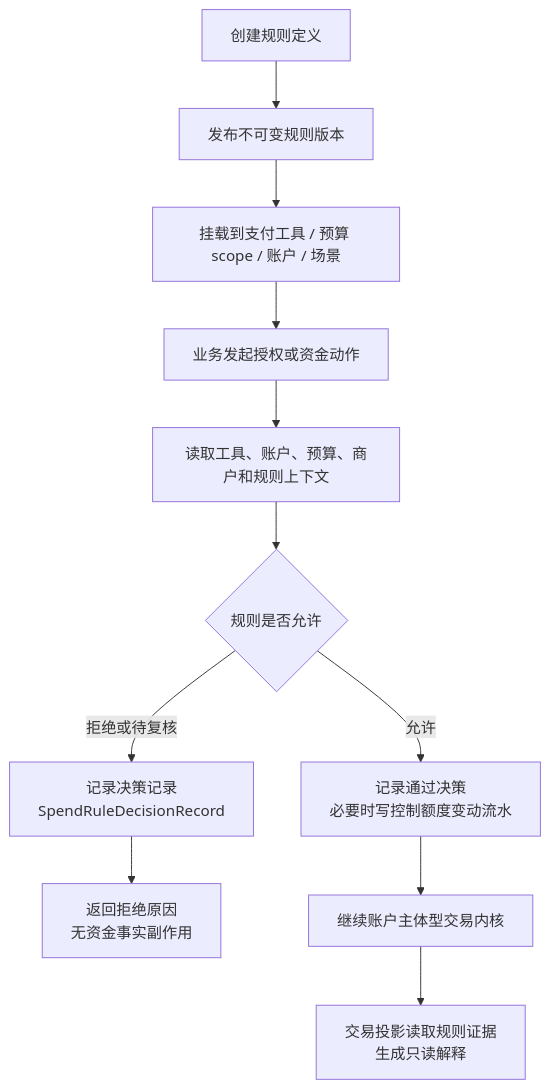
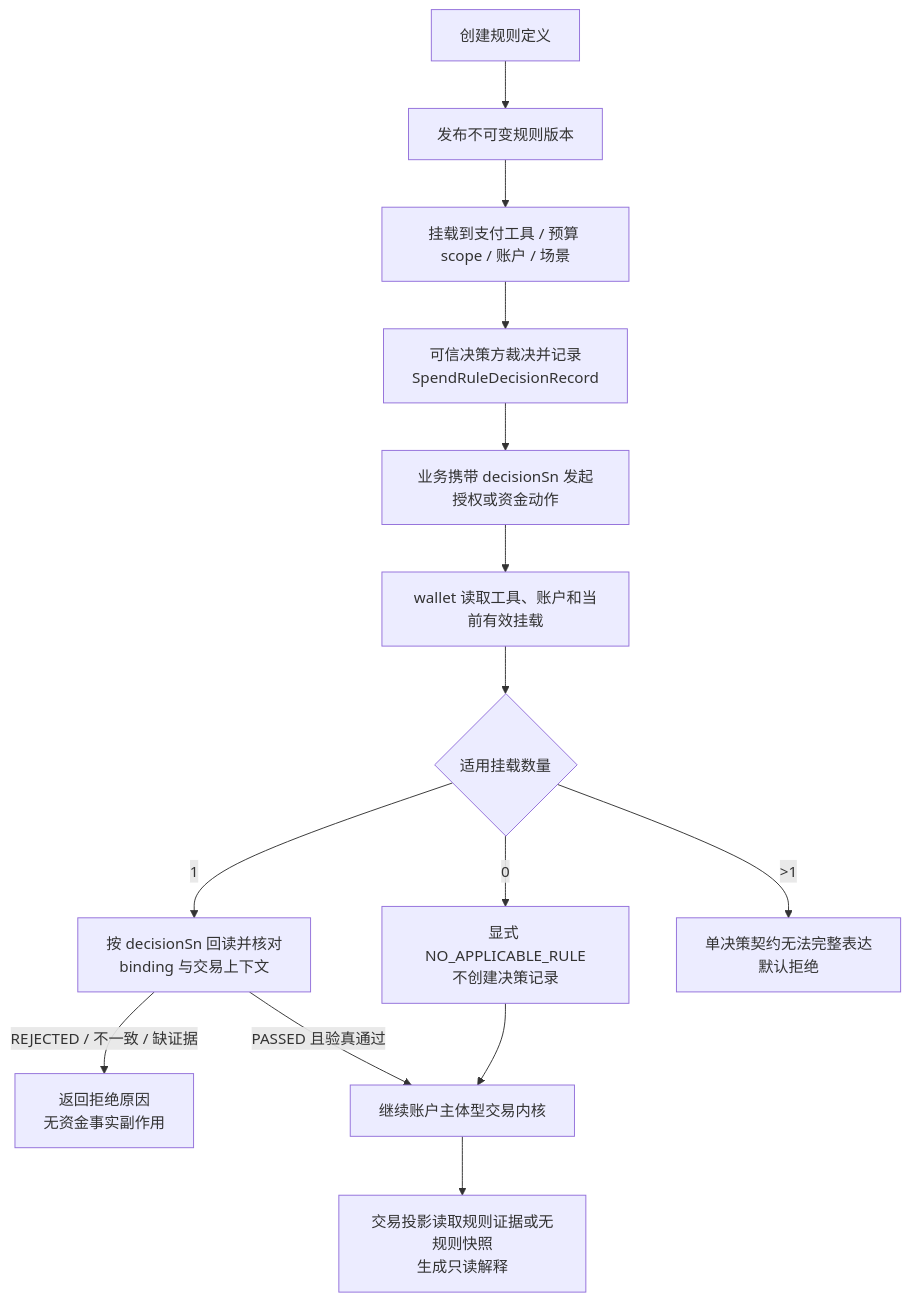
The diagram in docs/产品设计/09-SpendRule支出规则产品设计.md (fengwuxp/wind-funds), drawn with Mermaid before and after one commit. The commit also changed other lines of this file and 134 other files, not shown here.

````diff
--- a/docs/产品设计/09-SpendRule支出规则产品设计.md
+++ b/docs/产品设计/09-SpendRule支出规则产品设计.md
@@ -205,13 +206,16 @@
 ```mermaid
 flowchart TD
     A["创建规则定义"] --> B["发布不可变规则版本"]
     B --> C["挂载到支付工具 / 预算 scope / 账户 / 场景"]
-    C --> D["业务发起授权或资金动作"]
-    D --> E["读取工具、账户、预算、商户和规则上下文"]
-    E --> F{"规则是否允许"}
-    F -- "拒绝或待复核" --> G["记录决策记录\nSpendRuleDecisionRecord"]
-    G --> H["返回拒绝原因\n无资金事实副作用"]
-    F -- "允许" --> I["记录通过决策\n必要时写控制额度变动流水"]
-    I --> J["继续账户主体型交易内核"]
-    J --> K["交易投影读取规则证据\n生成只读解释"]
+    C --> D["可信决策方裁决并记录\nSpendRuleDecisionRecord"]
+    D --> E["业务携带 decisionSn 发起授权或资金动作"]
+    E --> F["wallet 读取工具、账户和当前有效挂载"]
+    F --> G{"适用挂载数量"}
+    G -- "0" --> H["显式 NO_APPLICABLE_RULE\n不创建决策记录"]
+    G -- "1" --> I["按 decisionSn 回读并核对\nbinding 与交易上下文"]
+    G -- ">1" --> J["单决策契约无法完整表达\n默认拒绝"]
+    I -- "REJECTED / 不一致 / 缺证据" --> K["返回拒绝原因\n无资金事实副作用"]
+    I -- "PASSED 且验真通过" --> L["继续账户主体型交易内核"]
+    H --> L
+    L --> M["交易投影读取规则证据或无规则快照\n生成只读解释"]
 ```
````
